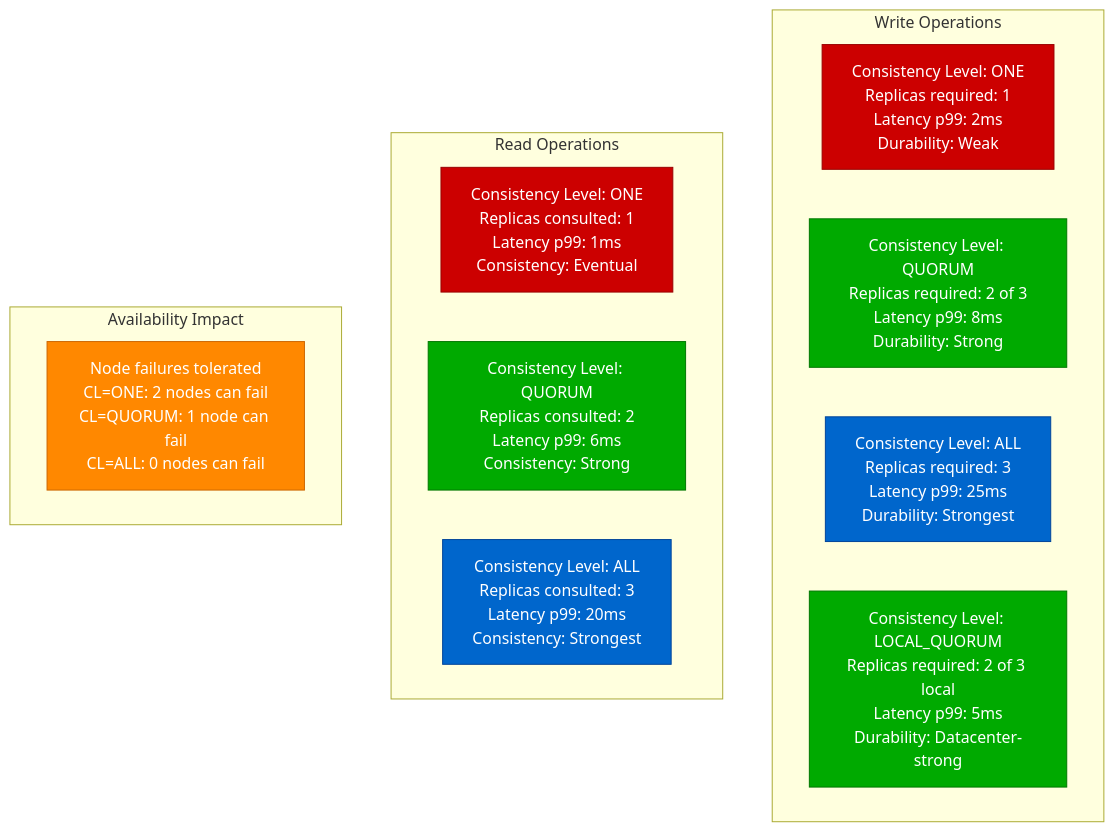
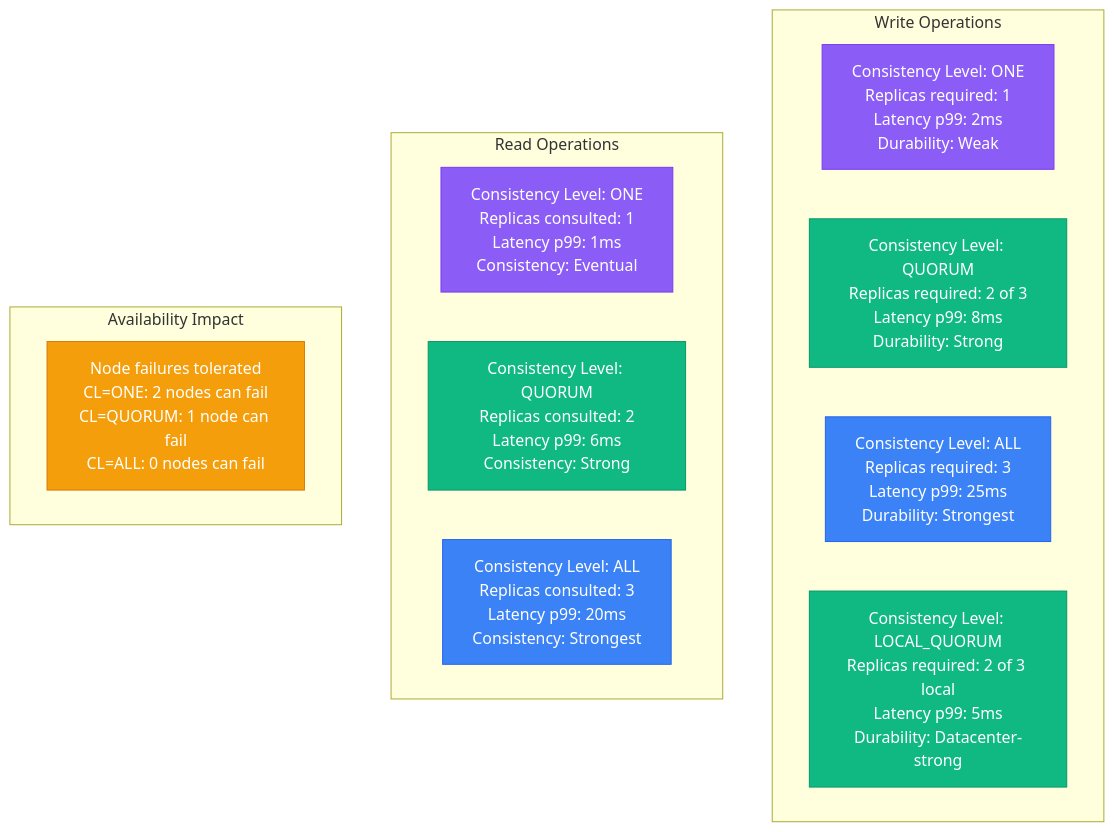
The fifth of 14 diagrams in site/docs/performance/cassandra-performance-profile.md (deepaucksharma/DS), drawn with Mermaid before and after one commit. The commit also changed other lines of this file and 303 other files, not shown here.

````diff
--- a/site/docs/performance/cassandra-performance-profile.md
+++ b/site/docs/performance/cassandra-performance-profile.md
@@ -138,34 +138,34 @@
 ```mermaid
 graph TB
     subgraph "Write Operations"
         W1[Consistency Level: ONE<br/>Replicas required: 1<br/>Latency p99: 2ms<br/>Durability: Weak]
 
         W2[Consistency Level: QUORUM<br/>Replicas required: 2 of 3<br/>Latency p99: 8ms<br/>Durability: Strong]
 
         W3[Consistency Level: ALL<br/>Replicas required: 3<br/>Latency p99: 25ms<br/>Durability: Strongest]
 
         W4[Consistency Level: LOCAL_QUORUM<br/>Replicas required: 2 of 3 local<br/>Latency p99: 5ms<br/>Durability: Datacenter-strong]
     end
 
     subgraph "Read Operations"
         R1[Consistency Level: ONE<br/>Replicas consulted: 1<br/>Latency p99: 1ms<br/>Consistency: Eventual]
 
         R2[Consistency Level: QUORUM<br/>Replicas consulted: 2<br/>Latency p99: 6ms<br/>Consistency: Strong]
 
         R3[Consistency Level: ALL<br/>Replicas consulted: 3<br/>Latency p99: 20ms<br/>Consistency: Strongest]
     end
 
     subgraph "Availability Impact"
         A1[Node failures tolerated<br/>CL=ONE: 2 nodes can fail<br/>CL=QUORUM: 1 node can fail<br/>CL=ALL: 0 nodes can fail]
     end
 
-    classDef oneStyle fill:#CC0000,stroke:#990000,color:#fff
-    classDef quorumStyle fill:#00AA00,stroke:#007700,color:#fff
-    classDef allStyle fill:#0066CC,stroke:#004499,color:#fff
-    classDef availStyle fill:#FF8800,stroke:#CC6600,color:#fff
+    classDef oneStyle fill:#8B5CF6,stroke:#7C3AED,color:#fff
+    classDef quorumStyle fill:#10B981,stroke:#059669,color:#fff
+    classDef allStyle fill:#3B82F6,stroke:#2563EB,color:#fff
+    classDef availStyle fill:#F59E0B,stroke:#D97706,color:#fff
 
     class W1,R1 oneStyle
     class W2,R2,W4 quorumStyle
     class W3,R3 allStyle
     class A1 availStyle
 ```
````
